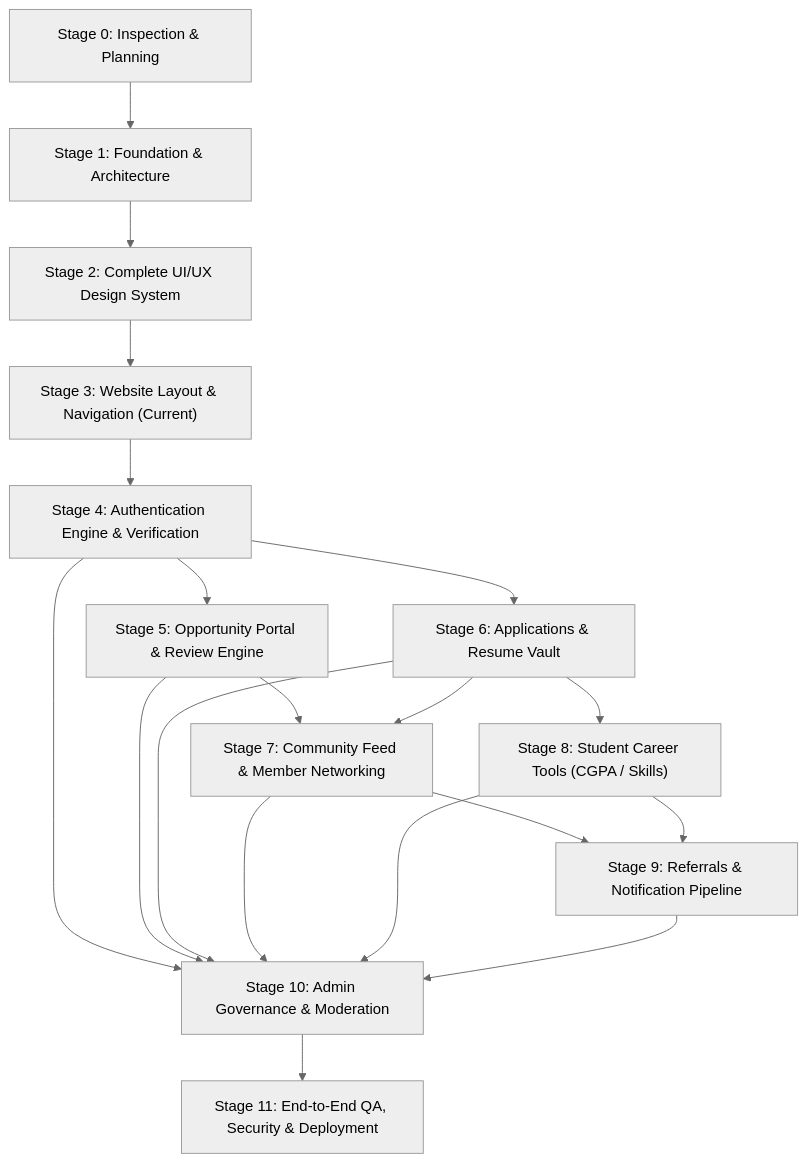
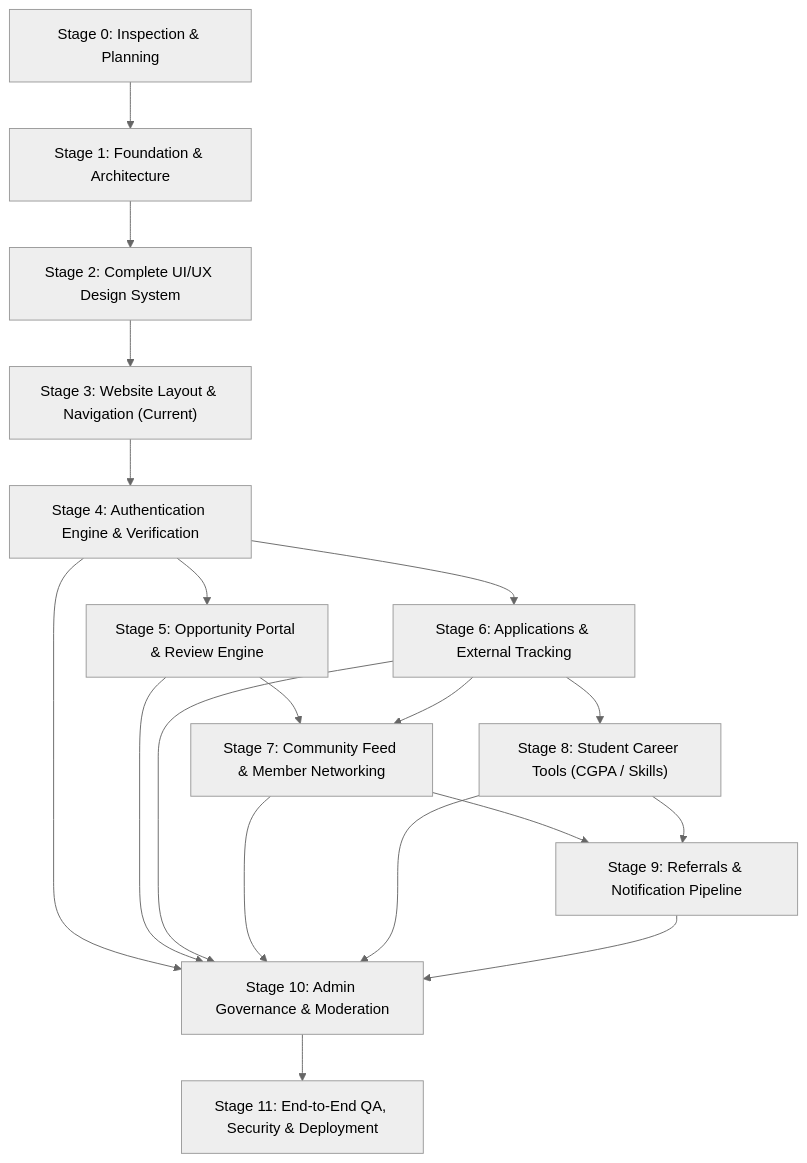
Before and after one commit to sooooojib/CAMPUS_JOB_HUNTING: the diagram in docs/PROGRESS.md, drawn with Mermaid (neutral theme). The commit also changed other lines of this file and 31 other files, not shown here.

````diff
--- a/docs/PROGRESS.md
+++ b/docs/PROGRESS.md
@@ -5,14 +5,14 @@
 ```mermaid
 flowchart TD
     S0["Stage 0: Inspection & Planning"] --> S1["Stage 1: Foundation & Architecture"]
     S1 --> S2["Stage 2: Complete UI/UX Design System"]
     S2 --> S3["Stage 3: Website Layout & Navigation (Current)"]
     S3 --> S4["Stage 4: Authentication Engine & Verification"]
     S4 --> S5["Stage 5: Opportunity Portal & Review Engine"]
-    S4 --> S6["Stage 6: Applications & Resume Vault"]
+    S4 --> S6["Stage 6: Applications & External Tracking"]
     S5 & S6 --> S7["Stage 7: Community Feed & Member Networking"]
     S6 --> S8["Stage 8: Student Career Tools (CGPA / Skills)"]
     S7 & S8 --> S9["Stage 9: Referrals & Notification Pipeline"]
     S4 & S5 & S6 & S7 & S8 & S9 --> S10["Stage 10: Admin Governance & Moderation"]
     S10 --> S11["Stage 11: End-to-End QA, Security & Deployment"]
 ```
````
